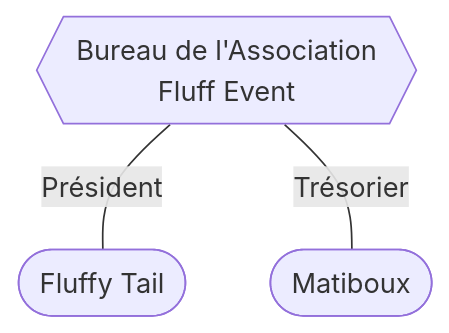
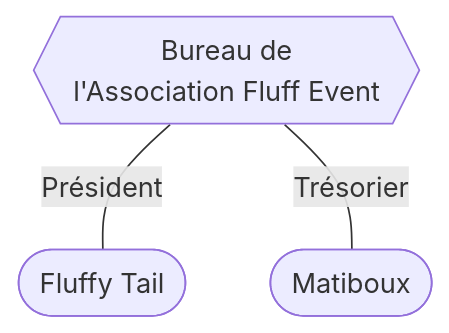
One commit to FluffEvent/association-documents changed the diagram in Bureau.md. Above: the diagram before and after it, drawn with Mermaid. The commit also changed other lines of this file, not shown here.

Commit message:
Update Bureau info & members details

````diff
--- a/Bureau.md
+++ b/Bureau.md
@@ -9,8 +12,8 @@
 ```mermaid
 graph TB
 
-Bureau{{"Bureau de l'Association<br>Fluff Event"}}
+Bureau{{"Bureau de<br/>l'Association Fluff Event"}}
 
 Bureau ---|"Président"| Fluffy([Fluffy Tail])
 Bureau ---|"Trésorier"| Matiboux([Matiboux])
 ```
````
